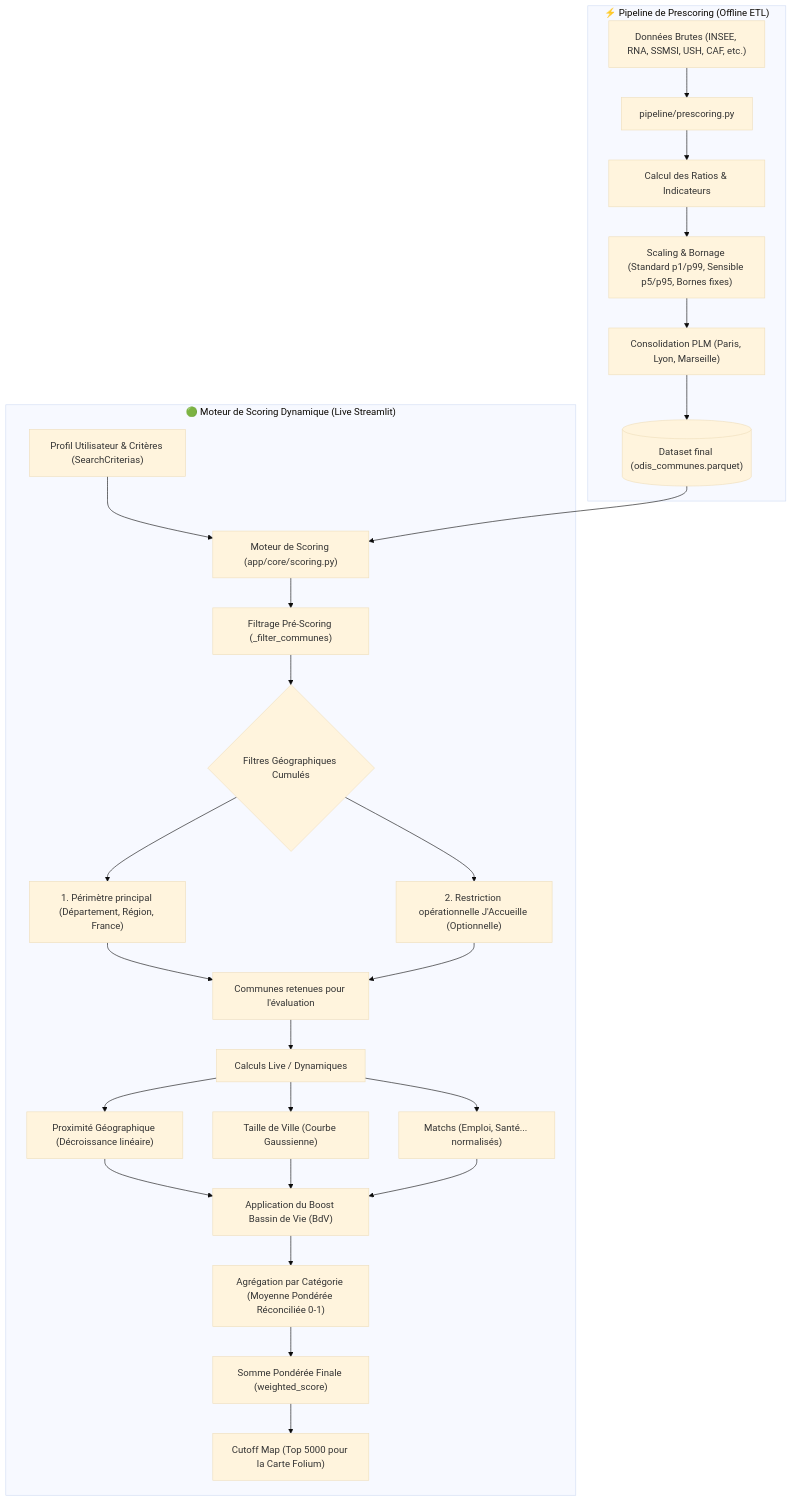
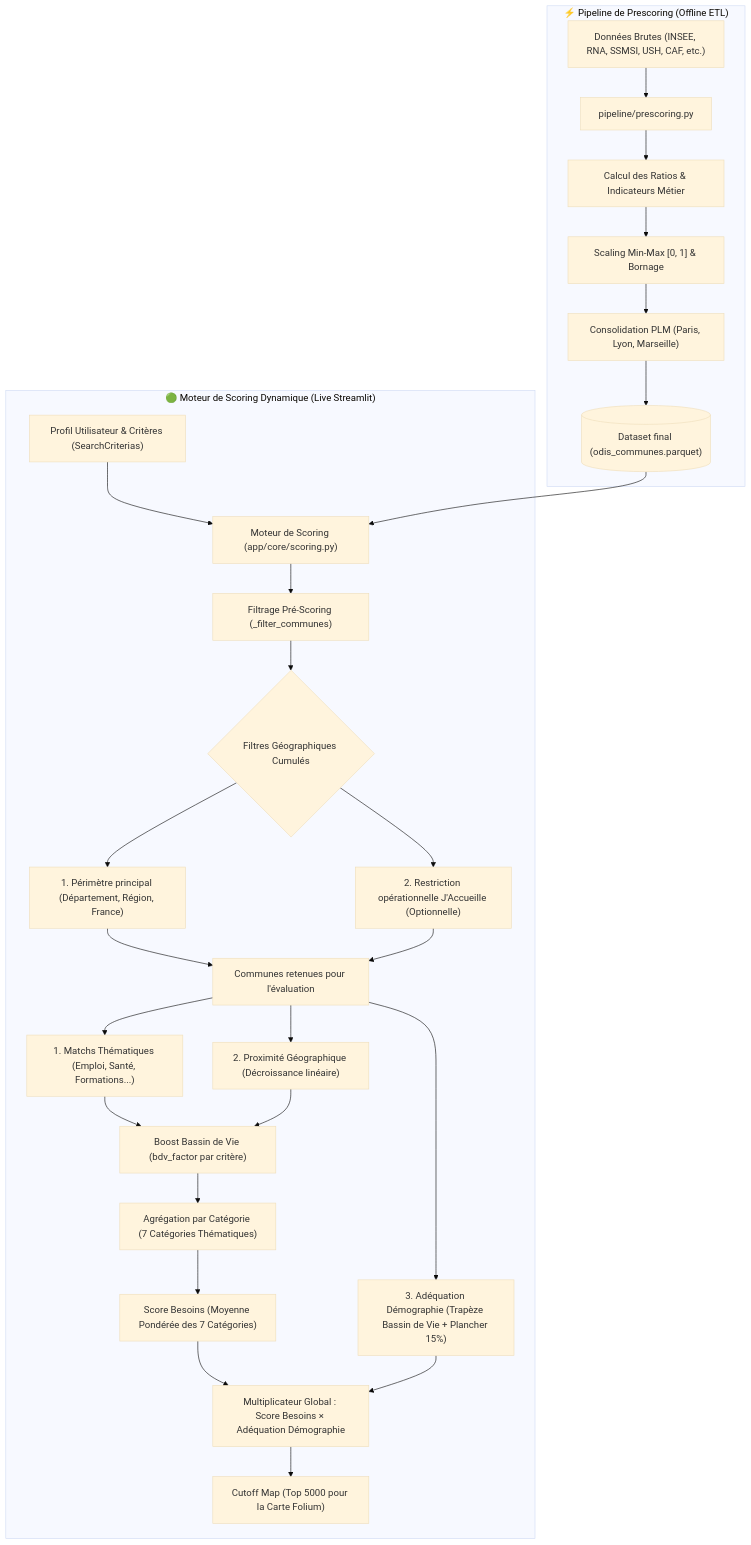
The diagram in SCORING.md (jbesan/13_odis_stream2), drawn with Mermaid (base theme) before and after one commit. The commit also changed other lines of this file and 16 other files, not shown here.

````diff
--- a/SCORING.md
+++ b/SCORING.md
@@ -15,43 +17,43 @@
 ```mermaid
 graph TD
     %% Offline Pipeline (Pre-scoring)
     subgraph Offline ["⚡ Pipeline de Prescoring (Offline ETL)"]
         A["Données Brutes (INSEE, RNA, SSMSI, USH, CAF, etc.)"] --> B["pipeline/prescoring.py"]
-        B --> C["Calcul des Ratios & Indicateurs"]
-        C --> D["Scaling & Bornage (Standard p1/p99, Sensible p5/p95, Bornes fixes)"]
+        B --> C["Calcul des Ratios & Indicateurs Métier"]
+        C --> D["Scaling Min-Max [0, 1] & Bornage"]
         D --> E["Consolidation PLM (Paris, Lyon, Marseille)"]
         E --> F[("Dataset final (odis_communes.parquet)")]
     end
 
     %% Online Engine (Live-scoring)
     subgraph Online ["🟢 Moteur de Scoring Dynamique (Live Streamlit)"]
         G["Profil Utilisateur & Critères (SearchCriterias)"] --> H["Moteur de Scoring (app/core/scoring.py)"]
         F --> H
         
         %% Filtering
         H --> H1["Filtrage Pré-Scoring (_filter_communes)"]
         H1 --> H2{"Filtres Géographiques Cumulés"}
         
         %% Geographic filters
         H2 --> H2a["1. Périmètre principal (Département, Région, France)"]
         H2 --> H2b["2. Restriction opérationnelle J'Accueille (Optionnelle)"]
         
         H2a & H2b --> H3["Communes retenues pour l'évaluation"]
         
         %% Dynamic Calculations
-        H3 --> I["Calculs Live / Dynamiques"]
-        I --> I3["Matchs (Emploi, Santé... normalisés)"]
-        I --> I1["Proximité Géographique (Décroissance linéaire)"]
-        I --> I2["Taille de Ville (Courbe Gaussienne)"]
+        H3 --> I1["1. Matchs Thématiques (Emploi, Santé, Formations...)"]
+        H3 --> I2["2. Proximité Géographique (Décroissance linéaire)"]
+        H3 --> I3["3. Adéquation Démographie (Trapèze Bassin de Vie + Plancher 15%)"]
         
-        %% BdV Boost
-        I1 & I2 & I3 --> J["Application du Boost Bassin de Vie (BdV)"]
+        %% BdV Boost on domain criteria
+        I1 & I2 --> J["Boost Bassin de Vie (bdv_factor par critère)"]
         
-        %% Category aggregation & global weighted index
-        J --> K["Agrégation par Catégorie (Moyenne Pondérée Réconciliée 0-1)"]
+        %% Category aggregation
+        J --> K["Agrégation par Catégorie (7 Catégories Thématiques)"]
+        K --> L["Score Besoins (Moyenne Pondérée des 7 Catégories)"]
         
-        %% Weighted Sum & Map limit
-        K --> L["Somme Pondérée Finale (weighted_score)"]
-        L --> M["Cutoff Map (Top 5000 pour la Carte Folium)"]
+        %% Global Multiplier
+        L & I3 --> M["Multiplicateur Global : Score Besoins × Adéquation Démographie"]
+        M --> N["Cutoff Map (Top 5000 pour la Carte Folium)"]
     end
 ```
````
